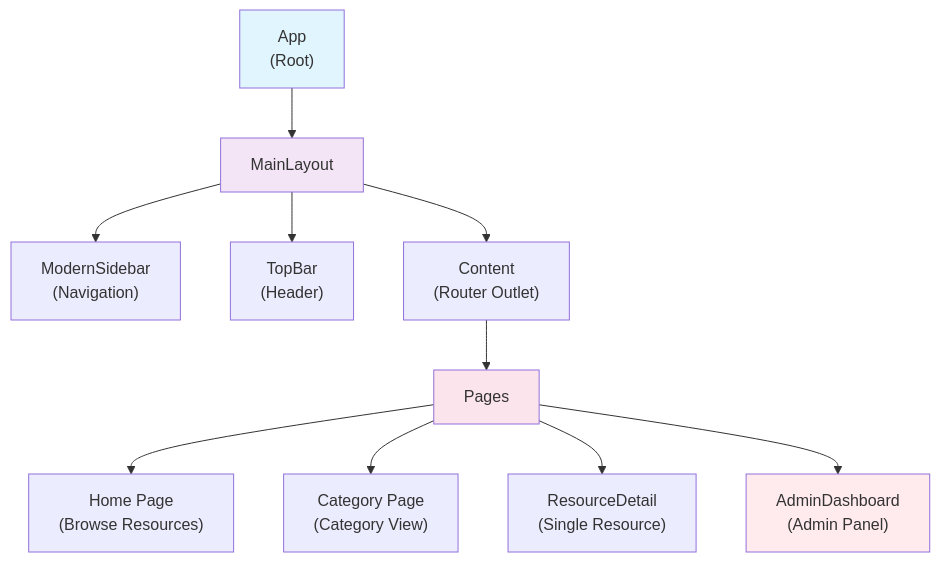
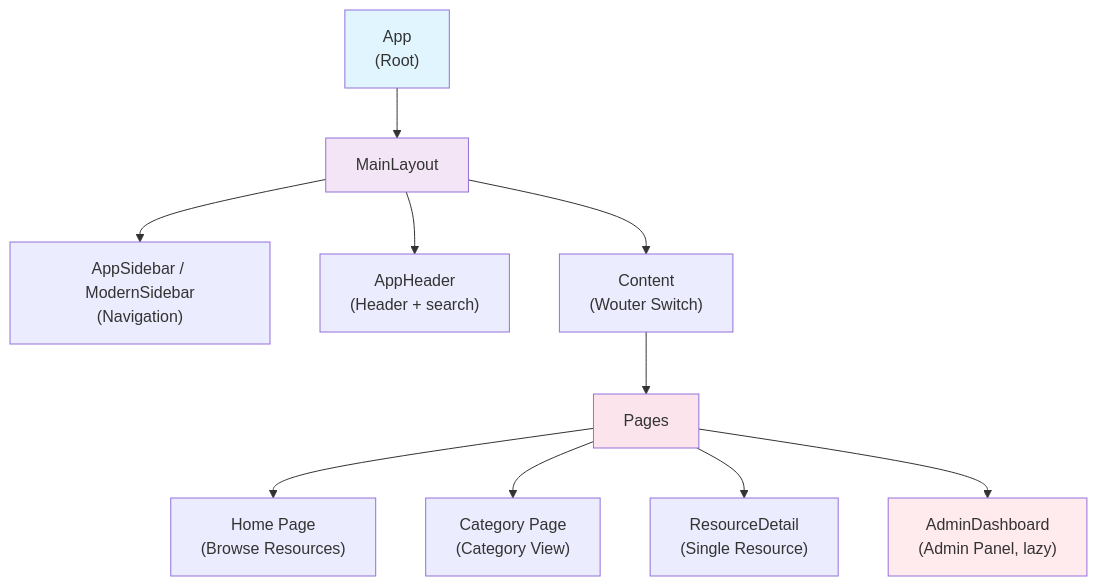
Before and after one commit to krzemienski/awesome-list-site: the third of 7 diagrams in docs/ARCHITECTURE.md, drawn with Mermaid. The commit also changed other lines of this file and 35 other files, not shown here.

````diff
--- a/docs/ARCHITECTURE.md
+++ b/docs/ARCHITECTURE.md
@@ -203,29 +246,29 @@
 ```mermaid
 graph TD
     App["App<br/>(Root)"]
     MainLayout["MainLayout"]
-    ModernSidebar["ModernSidebar<br/>(Navigation)"]
-    TopBar["TopBar<br/>(Header)"]
-    Content["Content<br/>(Router Outlet)"]
+    AppSidebar["AppSidebar / ModernSidebar<br/>(Navigation)"]
+    AppHeader["AppHeader<br/>(Header + search)"]
+    Content["Content<br/>(Wouter Switch)"]
     Pages["Pages"]
 
     Home["Home Page<br/>(Browse Resources)"]
     Category["Category Page<br/>(Category View)"]
     ResourceDetail["ResourceDetail<br/>(Single Resource)"]
-    AdminDash["AdminDashboard<br/>(Admin Panel)"]
+    AdminDash["AdminDashboard<br/>(Admin Panel, lazy)"]
 
     App --> MainLayout
-    MainLayout --> ModernSidebar
-    MainLayout --> TopBar
+    MainLayout --> AppSidebar
+    MainLayout --> AppHeader
     MainLayout --> Content
     Content --> Pages
     Pages --> Home
     Pages --> Category
     Pages --> ResourceDetail
     Pages --> AdminDash
 
     style App fill:#e1f5ff
     style MainLayout fill:#f3e5f5
     style Pages fill:#fce4ec
     style AdminDash fill:#ffebee
 ```
````
